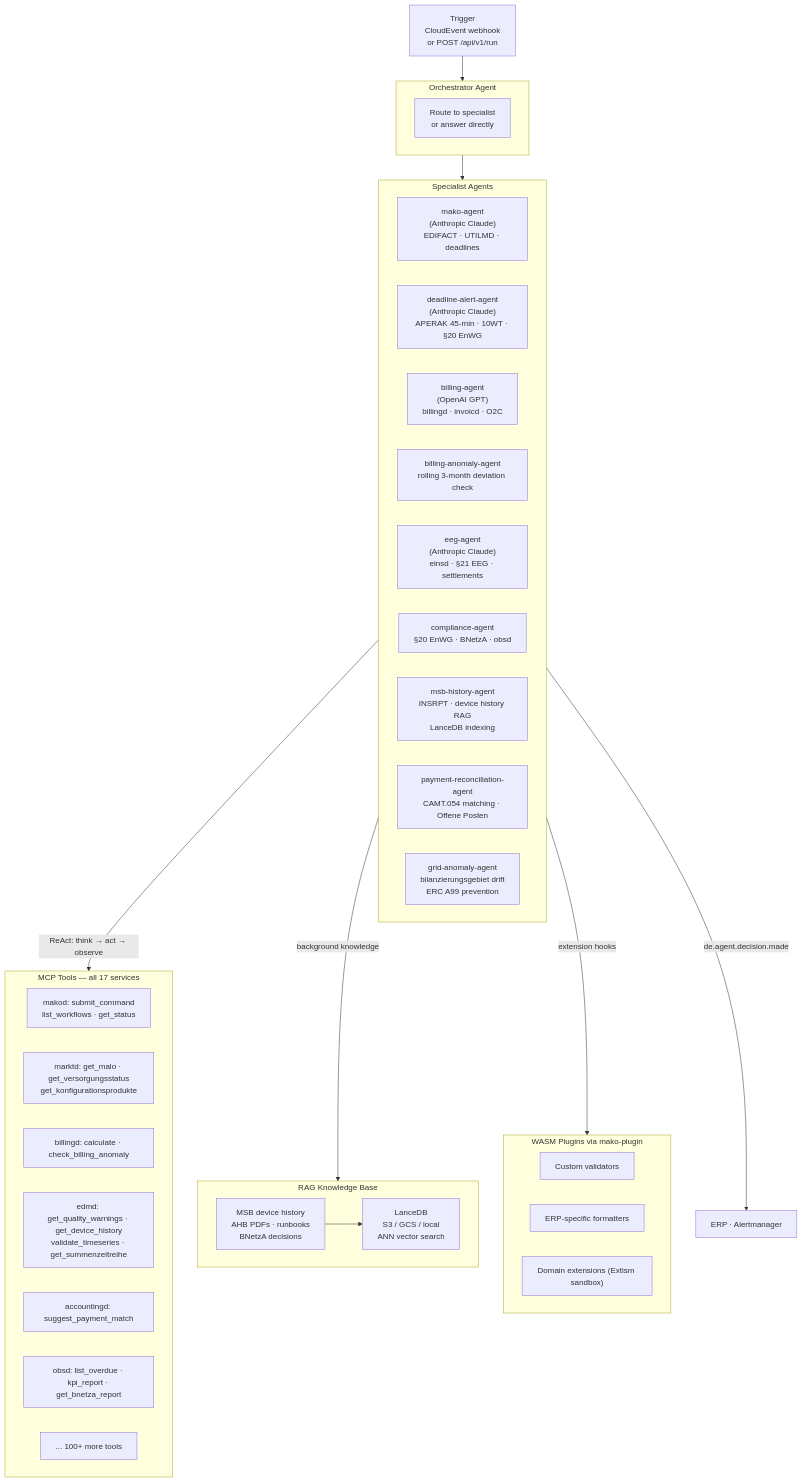
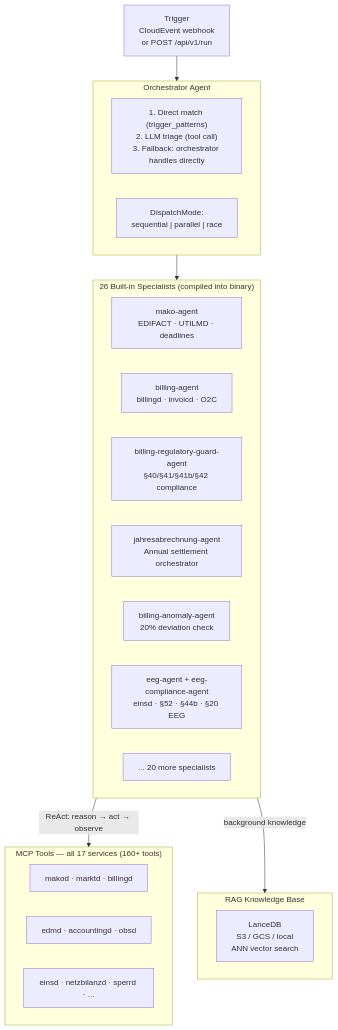
Before and after one commit to hupe1980/mako: the first of 4 diagrams in docs/agentd.md, drawn with Mermaid. The commit also changed other lines of this file and 143 other files, not shown here.

````diff
--- a/docs/agentd.md
+++ b/docs/agentd.md
@@ -34,49 +67,35 @@
 ```mermaid
 graph TB
     TRIGGER["Trigger\nCloudEvent webhook\nor POST /api/v1/run"]
 
-    subgraph orchestrator [Orchestrator Agent]
-        ORCH["Route to specialist\nor answer directly"]
+    subgraph orchestrator ["Orchestrator Agent"]
+        ORCH["1. Direct match (trigger_patterns)\n2. LLM triage (tool call)\n3. Fallback: orchestrator handles directly"]
+        MODE["DispatchMode:\nsequential | parallel | race"]
     end
 
-    subgraph specialists [Specialist Agents]
-        MAKO["mako-agent\n(Anthropic Claude)\nEDIFACT · UTILMD · deadlines"]
-        DEADLINE["deadline-alert-agent\n(Anthropic Claude)\nAPERAK 45-min · 10WT · §20 EnWG"]
-        BILLING["billing-agent\n(OpenAI GPT)\nbillingd · invoicd · O2C"]
-        ANOMALY["billing-anomaly-agent\nrolling 3-month deviation check"]
-        EEG["eeg-agent\n(Anthropic Claude)\neinsd · §21 EEG · settlements"]
-        COMP["compliance-agent\n§20 EnWG · BNetzA · obsd"]
-        MSB["msb-history-agent\nINSRPT · device history RAG\nLanceDB indexing"]
-        PAYMENT["payment-reconciliation-agent\nCAMT.054 matching · Offene Posten"]
-        GRID["grid-anomaly-agent\nbilanzierungsgebiet drift\nERC A99 prevention"]
+    subgraph builtin ["26 Built-in Specialists (compiled into binary)"]
+        direction LR
+        MAKO["mako-agent\nEDIFACT · UTILMD · deadlines"]
+        BILLING["billing-agent\nbillingd · invoicd · O2C"]
+        BILREG["billing-regulatory-guard-agent\n§40/§41/§41b/§42 compliance"]
+        JAHRB["jahresabrechnung-agent\nAnnual settlement orchestrator"]
+        ANOMALY["billing-anomaly-agent\n20% deviation check"]
+        EEG["eeg-agent + eeg-compliance-agent\neinsd · §52 · §44b · §20 EEG"]
+        MORE["... 20 more specialists"]
     end
 
-    subgraph rag [RAG Knowledge Base]
+    subgraph rag ["RAG Knowledge Base"]
         LANCE["LanceDB\nS3 / GCS / local\nANN vector search"]
-        CHUNKS["MSB device history\nAHB PDFs · runbooks\nBNetzA decisions"]
-        CHUNKS --> LANCE
     end
 
-    subgraph tools [MCP Tools — all 17 services]
-        T1["makod: submit_command\nlist_workflows · get_status"]
-        T2["marktd: get_malo · get_versorgungsstatus\nget_konfigurationsprodukte"]
-        T3["billingd: calculate · check_billing_anomaly"]
-        T4["edmd: get_quality_warnings · get_device_history\nvalidate_timeseries · get_summenzeitreihe"]
-        T5["accountingd: suggest_payment_match"]
-        T6["obsd: list_overdue · kpi_report · get_bnetza_report"]
-        T7["... 100+ more tools"]
-    end
-
-    subgraph plugins [WASM Plugins via mako-plugin]
-        P1["Custom validators"]
-        P2["ERP-specific formatters"]
-        P3["Domain extensions (Extism sandbox)"]
+    subgraph tools ["MCP Tools — all 17 services (160+ tools)"]
+        T1["makod · marktd · billingd"]
+        T2["edmd · accountingd · obsd"]
+        T3["einsd · netzbilanzd · sperrd · ..."]
     end
 
     TRIGGER --> orchestrator
-    orchestrator --> specialists
-    specialists -->|"ReAct: think → act → observe"| tools
-    specialists -->|"background knowledge"| rag
-    specialists -->|"extension hooks"| plugins
-    specialists -->|"de.agent.decision.made"| ERP["ERP · Alertmanager"]
+    orchestrator --> builtin
+    builtin -->|"ReAct: reason → act → observe"| tools
+    builtin -->|"background knowledge"| rag
 ```
````
